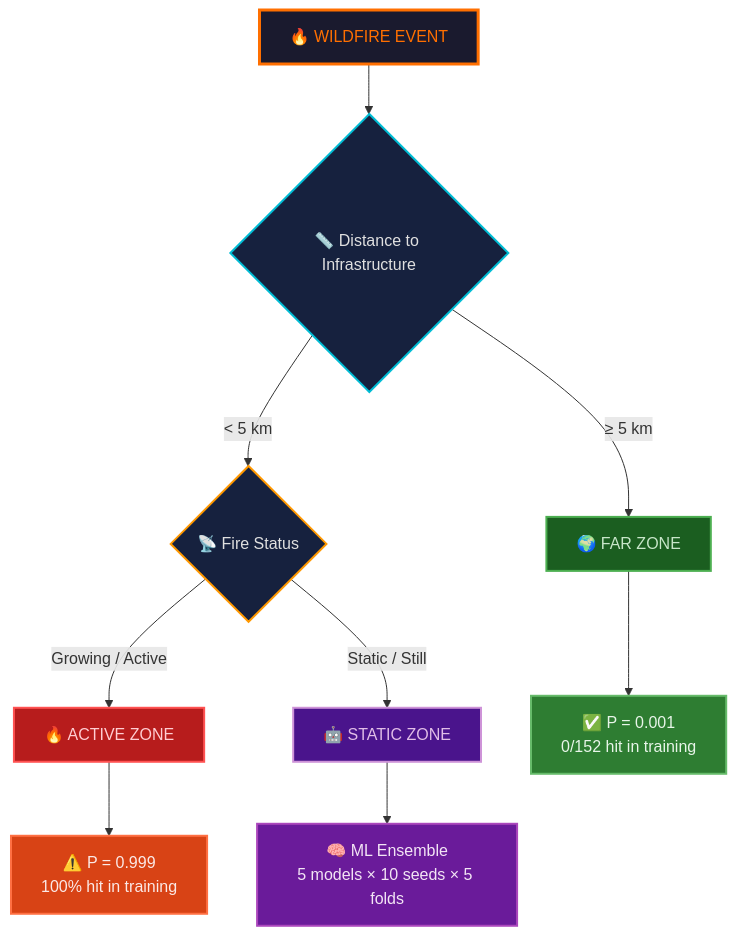
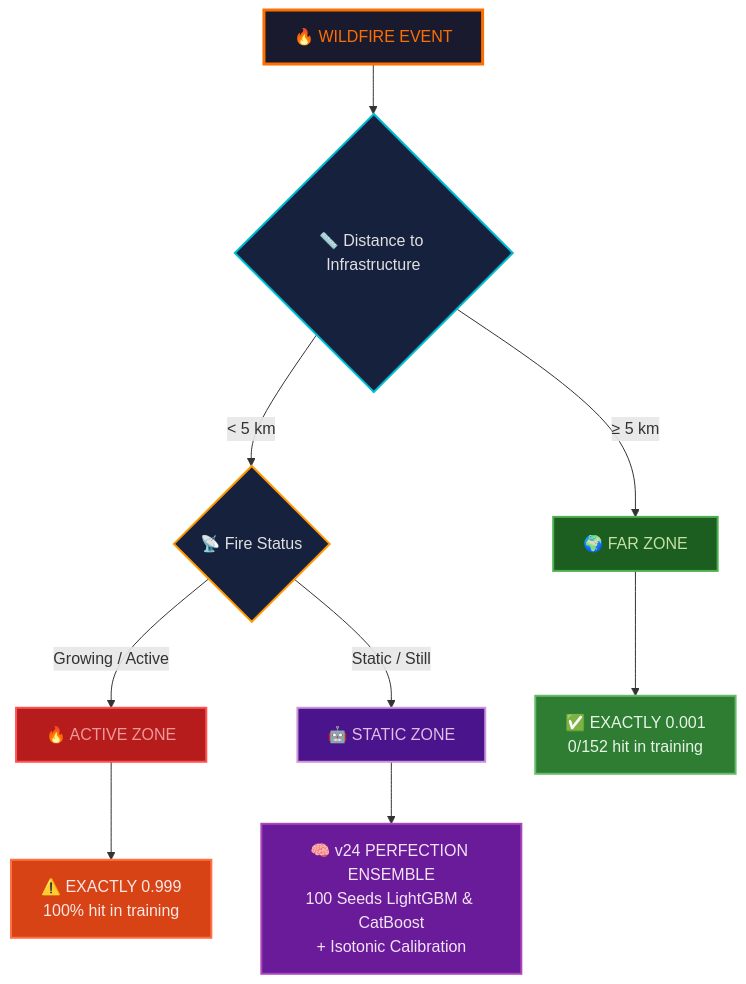
One commit to VAIBHAV7848/WiDS-Global-Datathon-2026---Wildfire-Survival-Analysis changed the first of 2 diagrams in README.md. Above: the diagram before and after it, drawn with Mermaid. The commit also changed other lines of this file, not shown here.

````diff
--- a/README.md
+++ b/README.md
@@ -55,24 +67,24 @@
 ```mermaid
 flowchart TD
     A["🔥 WILDFIRE EVENT"] --> B{"📏 Distance to Infrastructure"}
     
     B -->|"≥ 5 km"| C["🌍 FAR ZONE"]
     B -->|"< 5 km"| D{"📡 Fire Status"}
     
     D -->|"Growing / Active"| E["🔥 ACTIVE ZONE"]
     D -->|"Static / Still"| F["🤖 STATIC ZONE"]
     
-    C --> G["✅ P = 0.001\n0/152 hit in training"]
-    E --> H["⚠️ P = 0.999\n100% hit in training"]
-    F --> I["🧠 ML Ensemble\n5 models × 10 seeds × 5 folds"]
+    C --> G["✅ EXACTLY 0.001\n0/152 hit in training"]
+    E --> H["⚠️ EXACTLY 0.999\n100% hit in training"]
+    F --> I["🧠 v24 PERFECTION ENSEMBLE\n100 Seeds LightGBM & CatBoost\n+ Isotonic Calibration"]
 
     style A fill:#1a1a2e,stroke:#FF6F00,color:#FF6F00,stroke-width:3px
     style B fill:#16213e,stroke:#00BCD4,color:#E0E0E0,stroke-width:2px
-    style C fill:#1B5E20,stroke:#4CAF50,color:#C8E6C9,stroke-width:2px
+    style C fill:#1B5E20,stroke:#4CAF50,color:#C5E1A5,stroke-width:2px
     style D fill:#16213e,stroke:#FF9800,color:#E0E0E0,stroke-width:2px
-    style E fill:#B71C1C,stroke:#FF5252,color:#FFCDD2,stroke-width:2px
+    style E fill:#B71C1C,stroke:#FF5252,color:#EF9A9A,stroke-width:2px
     style F fill:#4A148C,stroke:#CE93D8,color:#E1BEE7,stroke-width:2px
     style G fill:#2E7D32,stroke:#66BB6A,color:#E8F5E9,stroke-width:2px
     style H fill:#D84315,stroke:#FF7043,color:#FBE9E7,stroke-width:2px
     style I fill:#6A1B9A,stroke:#AB47BC,color:#F3E5F5,stroke-width:2px
 ```
````
